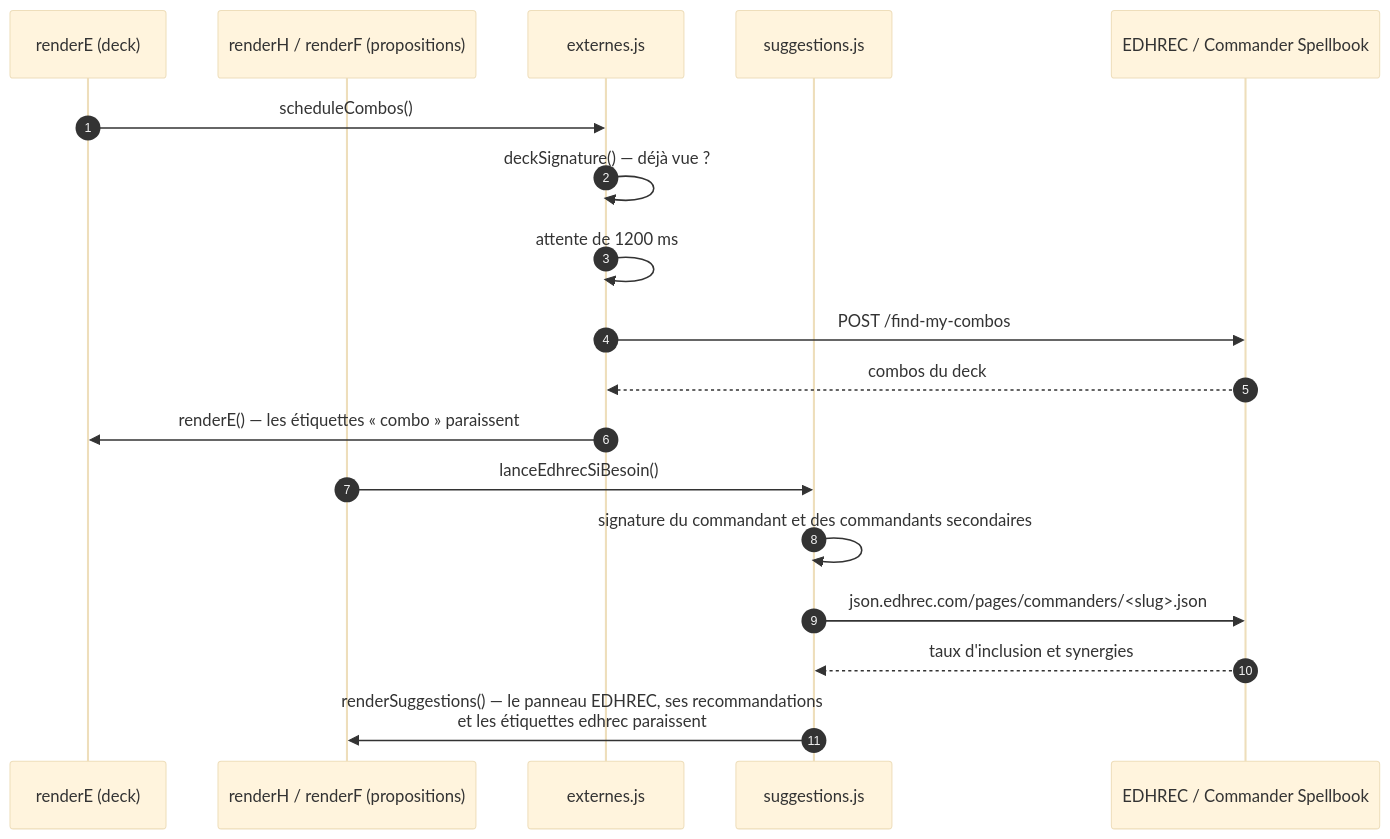
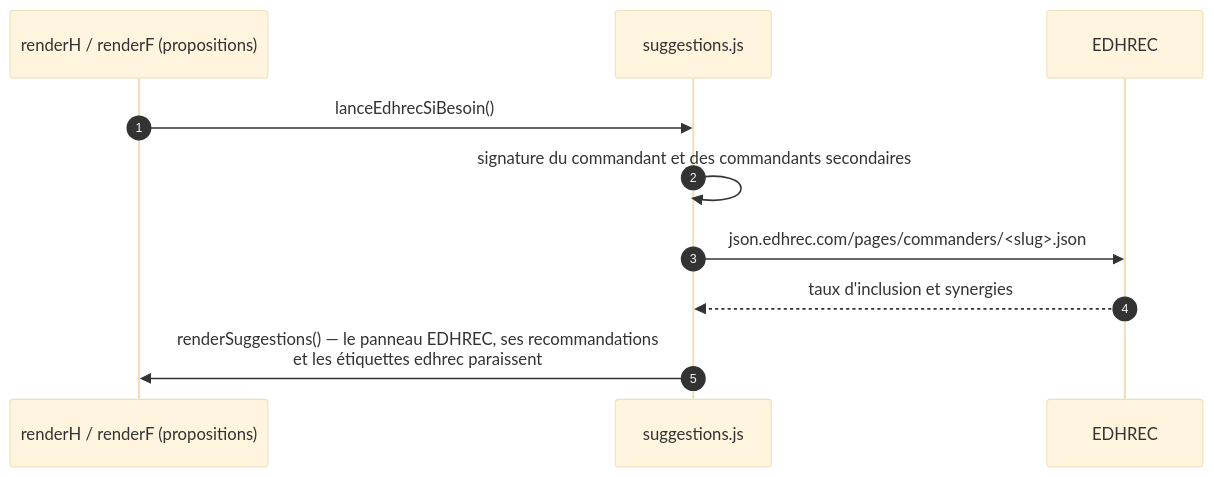
Before and after one commit to HJoudrier/MtgDeckBuilder_v3: diagram 11 of 13 in PARCOURS.md, drawn with Mermaid (base theme). The commit also changed other lines of this file and 11 other files, not shown here.

````diff
--- a/PARCOURS.md
+++ b/PARCOURS.md
@@ -446,22 +446,13 @@
 ```mermaid
 sequenceDiagram
     autonumber
-    participant E as renderE (deck)
     participant F as renderH / renderF (propositions)
-    participant EXT as externes.js
     participant SUG as suggestions.js
-    participant NET as EDHREC / Commander Spellbook
-
-    E->>EXT: scheduleCombos()
-    EXT->>EXT: deckSignature() — déjà vue ?
-    EXT->>EXT: attente de 1200 ms
-    EXT->>NET: POST /find-my-combos
-    NET-->>EXT: combos du deck
-    EXT->>E: renderE() — les étiquettes « combo » paraissent
+    participant NET as EDHREC
 
     F->>SUG: lanceEdhrecSiBesoin()
     SUG->>SUG: signature du commandant et des commandants secondaires
     SUG->>NET: json.edhrec.com/pages/commanders/<slug>.json
     NET-->>SUG: taux d'inclusion et synergies
     SUG->>F: renderSuggestions() — le panneau EDHREC, ses recommandations<br/>et les étiquettes edhrec paraissent
 ```
````
